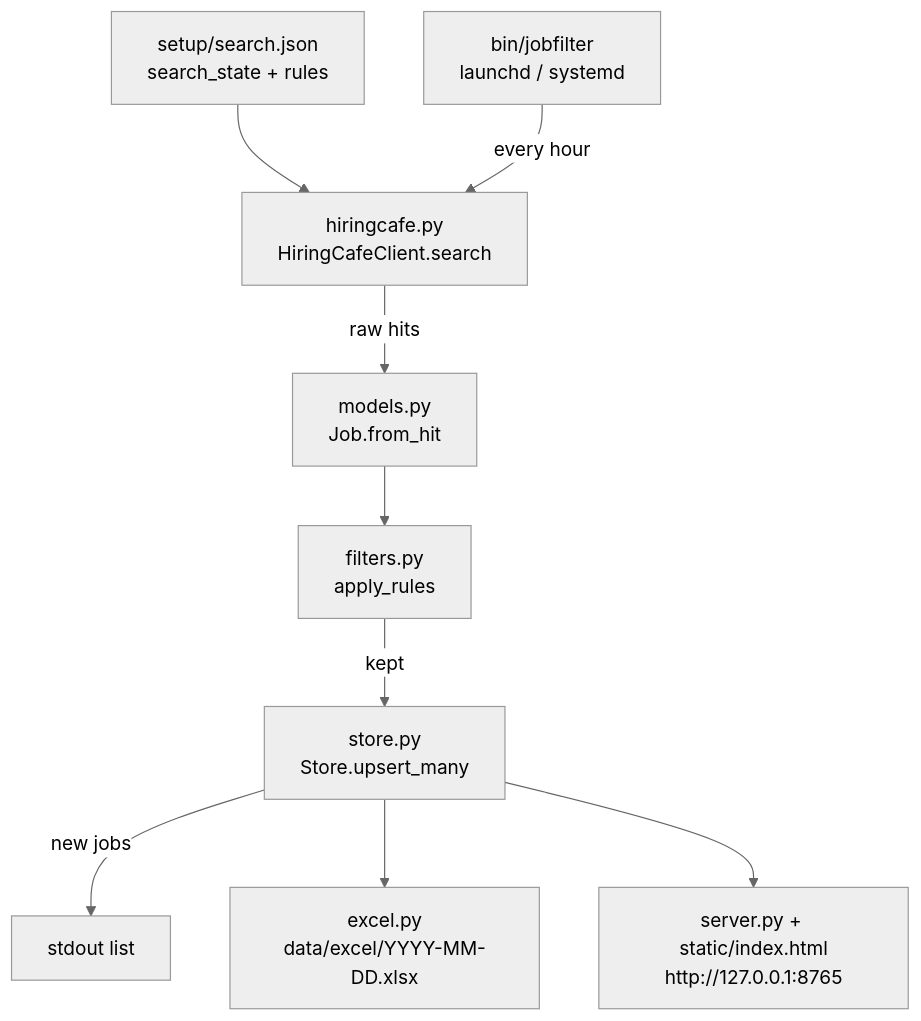
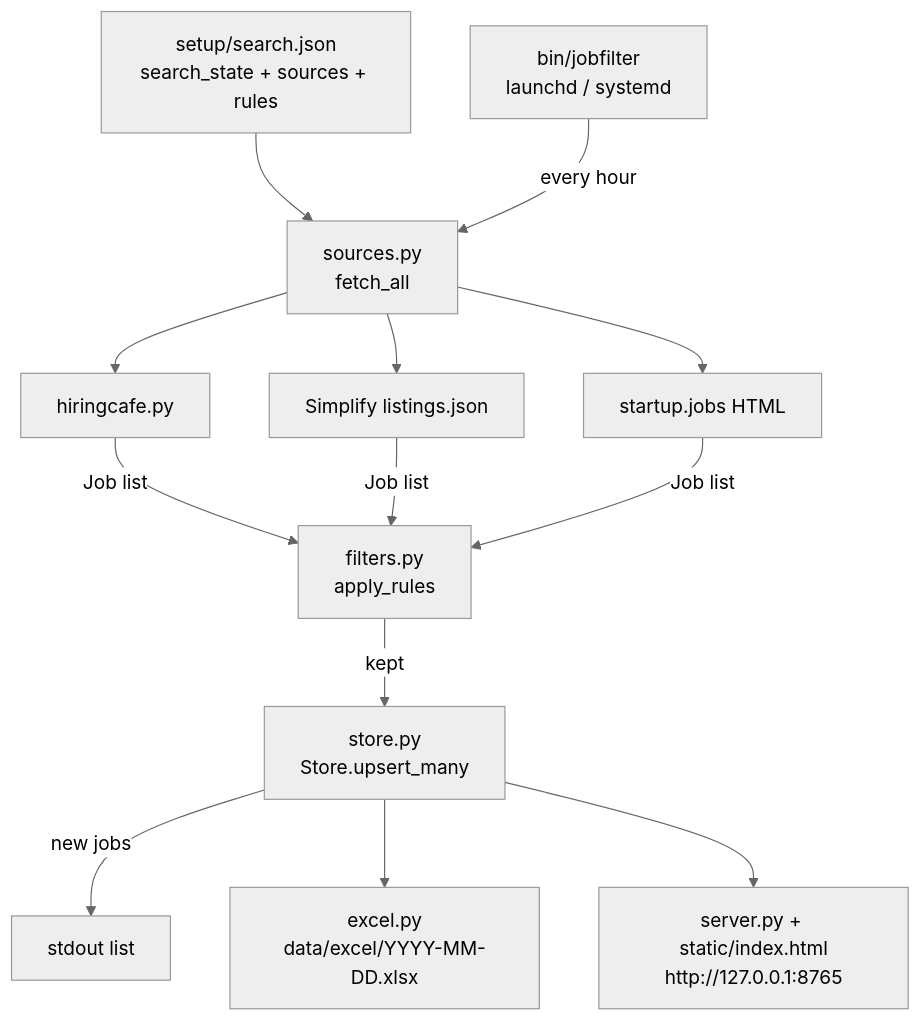
One commit to zhuyuezx/JobAppBot changed the diagram in jobFilter/README.md. Above: the diagram before and after it, drawn with Mermaid (neutral theme). The commit also changed other lines of this file and 9 other files, not shown here.

````diff
--- a/jobFilter/README.md
+++ b/jobFilter/README.md
@@ -7,11 +7,11 @@
 ```mermaid
 flowchart TD
-    A[setup/search.json<br/>search_state + rules] --> B[hiringcafe.py<br/>HiringCafeClient.search]
-    B -->|raw hits| C[models.py<br/>Job.from_hit]
-    C --> D[filters.py<br/>apply_rules]
+    A[setup/search.json<br/>search_state + sources + rules] --> B[sources.py<br/>fetch_all]
+    B --> B1[hiringcafe.py] & B2[Simplify listings.json] & B3[startup.jobs HTML]
+    B1 & B2 & B3 -->|Job list| D[filters.py<br/>apply_rules]
     D -->|kept| E[store.py<br/>Store.upsert_many]
     E -->|new jobs| F[stdout list]
     E --> G[excel.py<br/>data/excel/YYYY-MM-DD.xlsx]
     E --> H[server.py + static/index.html<br/>http://127.0.0.1:8765]
     S[bin/jobfilter<br/>launchd / systemd] -->|every hour| B
 ```
````
